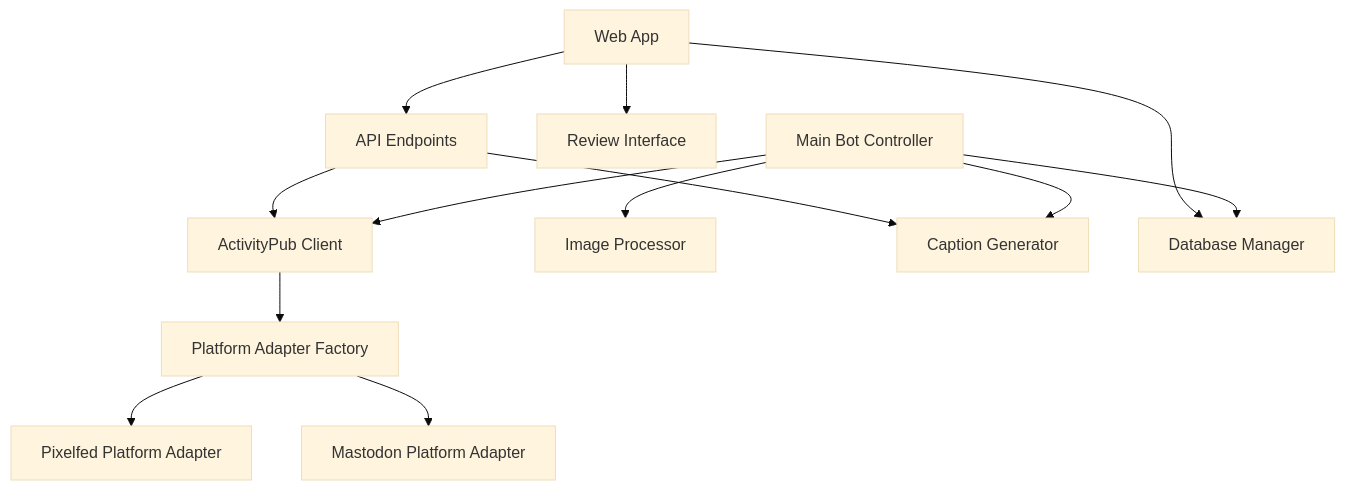
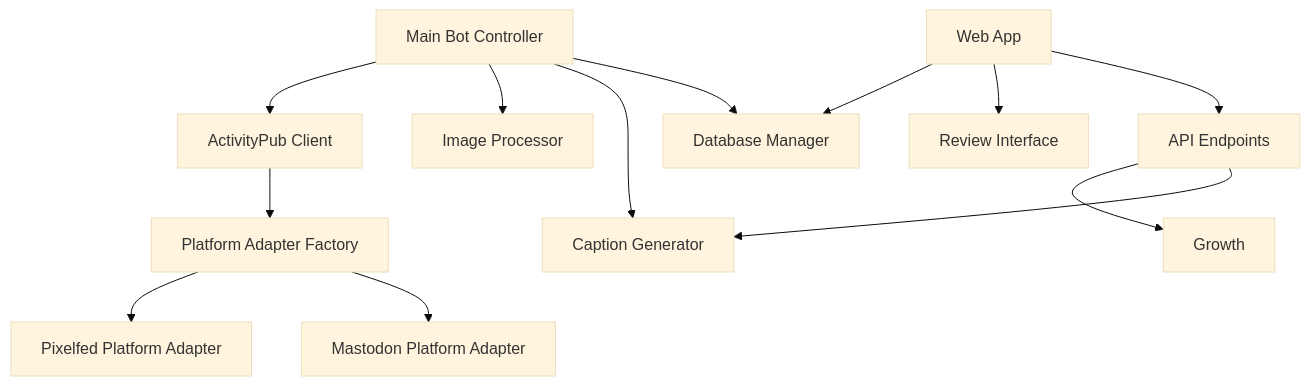
The first of 2 diagrams in .kiro/specs/vedfolnir/design.md (iolaire/Vedfolnir-AI-Powered-Accessibility-for-the-Fediverse), drawn with Mermaid (base theme) before and after one commit. The commit also changed 13 other files, not shown here.

````diff
--- a/.kiro/specs/vedfolnir/design.md
+++ b/.kiro/specs/vedfolnir/design.md
@@ -13,15 +13,15 @@
 ```mermaid
 graph TD
     A[Main Bot Controller] --> B[ActivityPub Client]
     A --> C[Image Processor]
     A --> D[Caption Generator]
     A --> E[Database Manager]
     B --> F[Platform Adapter Factory]
     F --> G[Pixelfed Platform Adapter]
     F --> H[Mastodon Platform Adapter]
     I[Web App] --> E
     I --> J[Review Interface]
     I --> K[API Endpoints]
-    K --> B
+    K --> Growth
     K --> D
 ```
````
